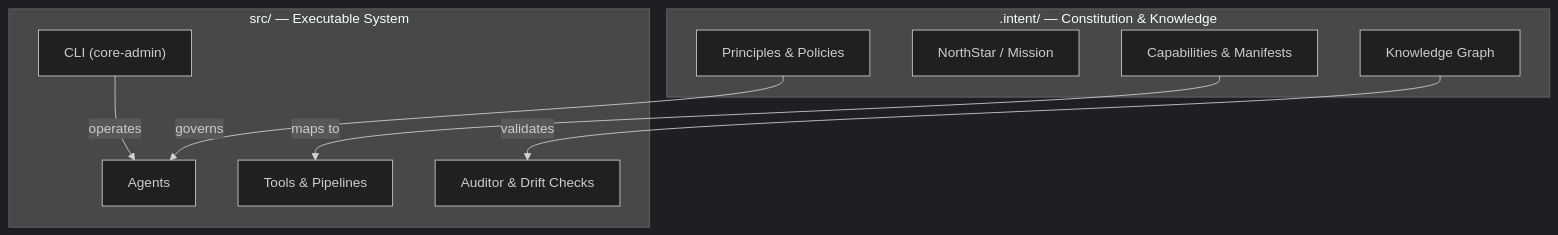
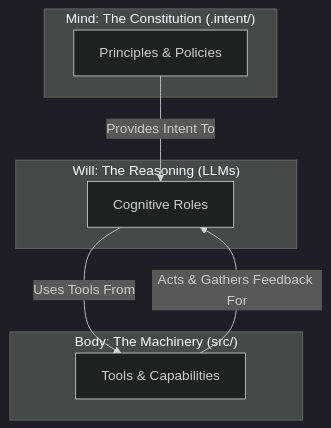
One commit to DariuszNewecki/CORE changed the diagram in README.md. Above: the diagram before and after it, drawn with Mermaid (dark theme). The commit also changed other lines of this file and 2 other files, not shown here.

Commit message:
docs: Align foundational documents with Mind/Body/Will architecture and archive old roadmap

````diff
--- a/README.md
+++ b/README.md
@@ -31,19 +38,16 @@
 ```mermaid
 graph TD
-  subgraph Mind[".intent/ — Constitution & Knowledge"]
-    A[Principles & Policies]
-    B[NorthStar / Mission]
-    C[Capabilities & Manifests]
-    D[Knowledge Graph]
-  end
-  subgraph Body["src/ — Executable System"]
-    E[Agents]
-    F[Auditor & Drift Checks]
-    G[Tools & Pipelines]
-    H["CLI (core-admin)"]
-  end
-  A -- governs --> E
-  C -- maps to --> G
-  D -- validates --> F
-  H -- operates --> E
+    subgraph Mind["Mind: The Constitution (.intent/)"]
+        A[Principles & Policies]
+    end
+    subgraph Will["Will: The Reasoning (LLMs)"]
+        B[Cognitive Roles]
+    end
+    subgraph Body["Body: The Machinery (src/)"]
+        C[Tools & Capabilities]
+    end
+
+    A -- "Provides Intent To" --> B
+    B -- "Uses Tools From" --> C
+    C -- "Acts & Gathers Feedback For" --> B
 ```
````
